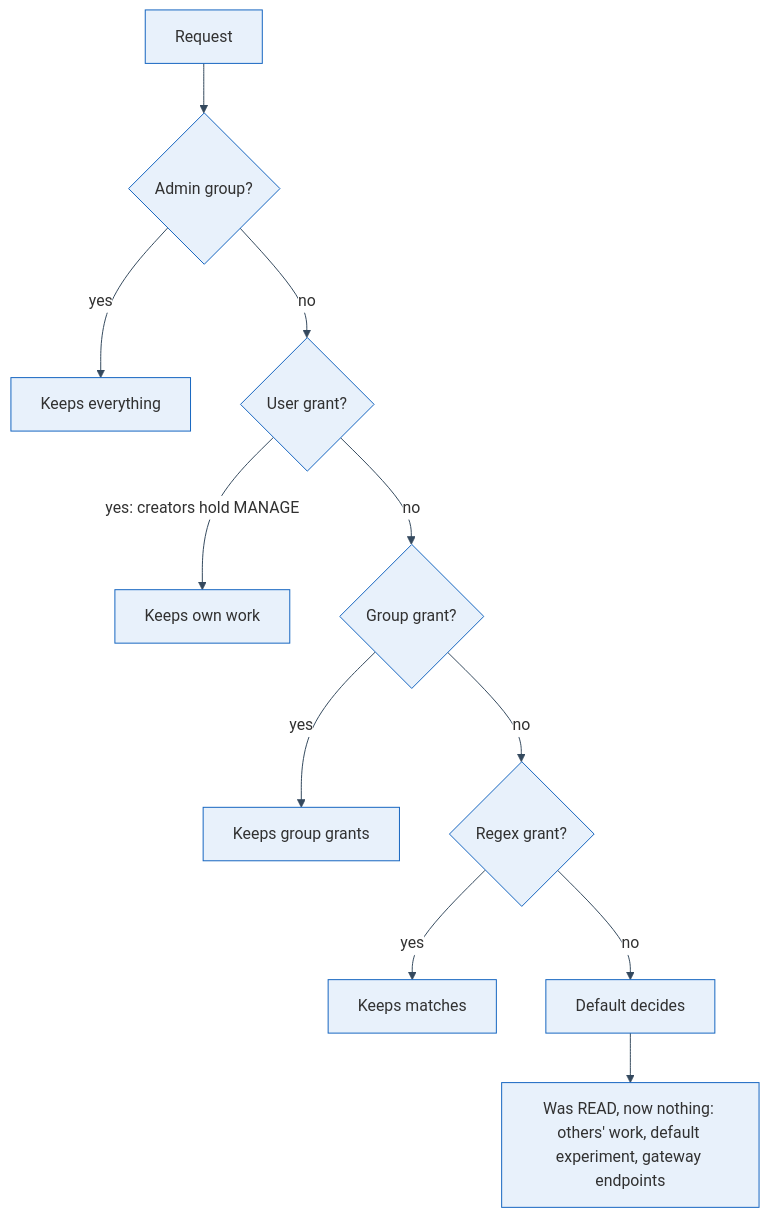
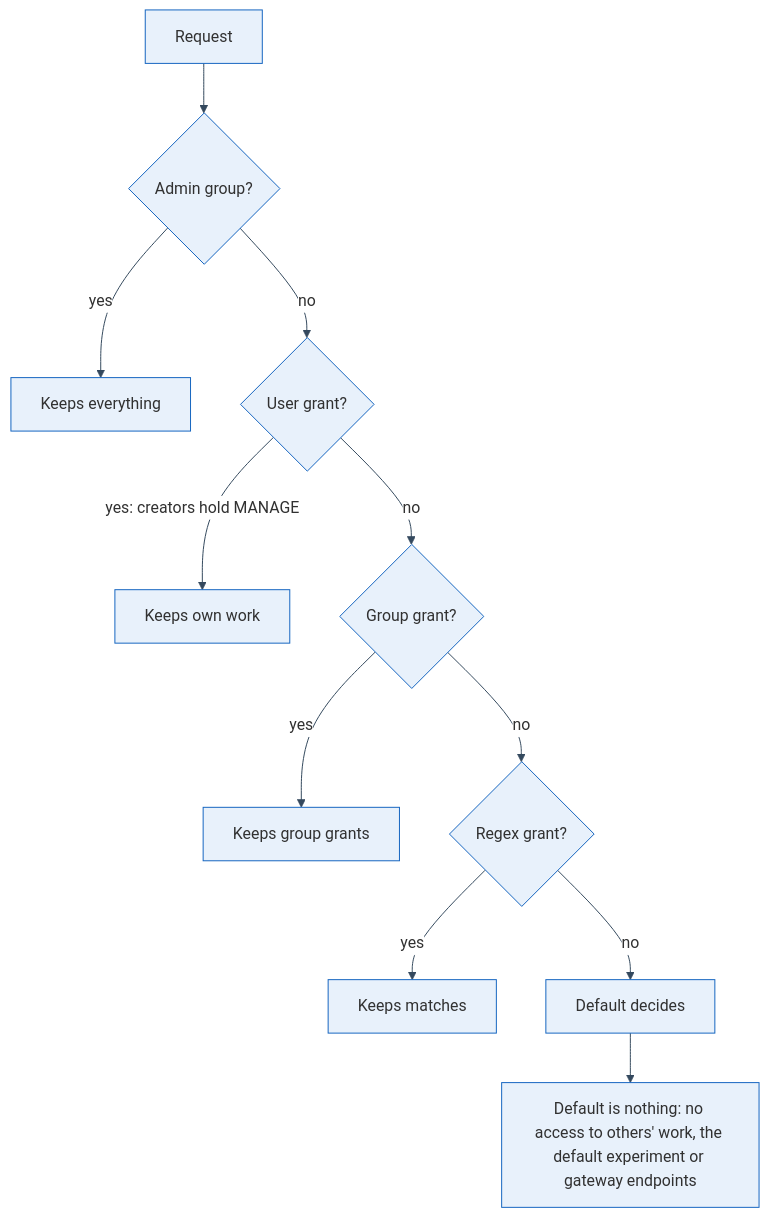
Before and after one commit to hedata/personal: the diagram in content/post/2026-10-21-tracker-default-permission/index.md, drawn with Mermaid. The commit also changed other lines of this file, not shown here.

````diff
--- a/content/post/2026-10-21-tracker-default-permission/index.md
+++ b/content/post/2026-10-21-tracker-default-permission/index.md
@@ -29,14 +29,14 @@
 ```mermaid
 %%{init: {"theme": "base", "themeVariables": {"fontFamily": "Roboto, Helvetica, Arial, sans-serif", "primaryColor": "#e8f1fb", "primaryTextColor": "#313131", "primaryBorderColor": "#1565c0", "secondaryColor": "#f7f7f7", "tertiaryColor": "#ffffff", "lineColor": "#34495e", "textColor": "#313131", "clusterBkg": "#f7f7f7", "clusterBorder": "#e6e6e6", "edgeLabelBackground": "#ffffff"}}}%%
 flowchart TD
     R["Request"] --> A{"Admin group?"}
     A -- yes --> K0["Keeps everything"]
     A -- no --> U{"User grant?"}
     U -- "yes: creators hold MANAGE" --> K1["Keeps own work"]
     U -- no --> G{"Group grant?"}
     G -- yes --> K2["Keeps group grants"]
     G -- no --> X{"Regex grant?"}
     X -- yes --> K3["Keeps matches"]
     X -- no --> D["Default decides"]
-    D --> L["Was READ, now nothing: others' work, default experiment, gateway endpoints"]
+    D --> L["Default is nothing: no access to others' work, the default experiment or gateway endpoints"]
 ```
````
